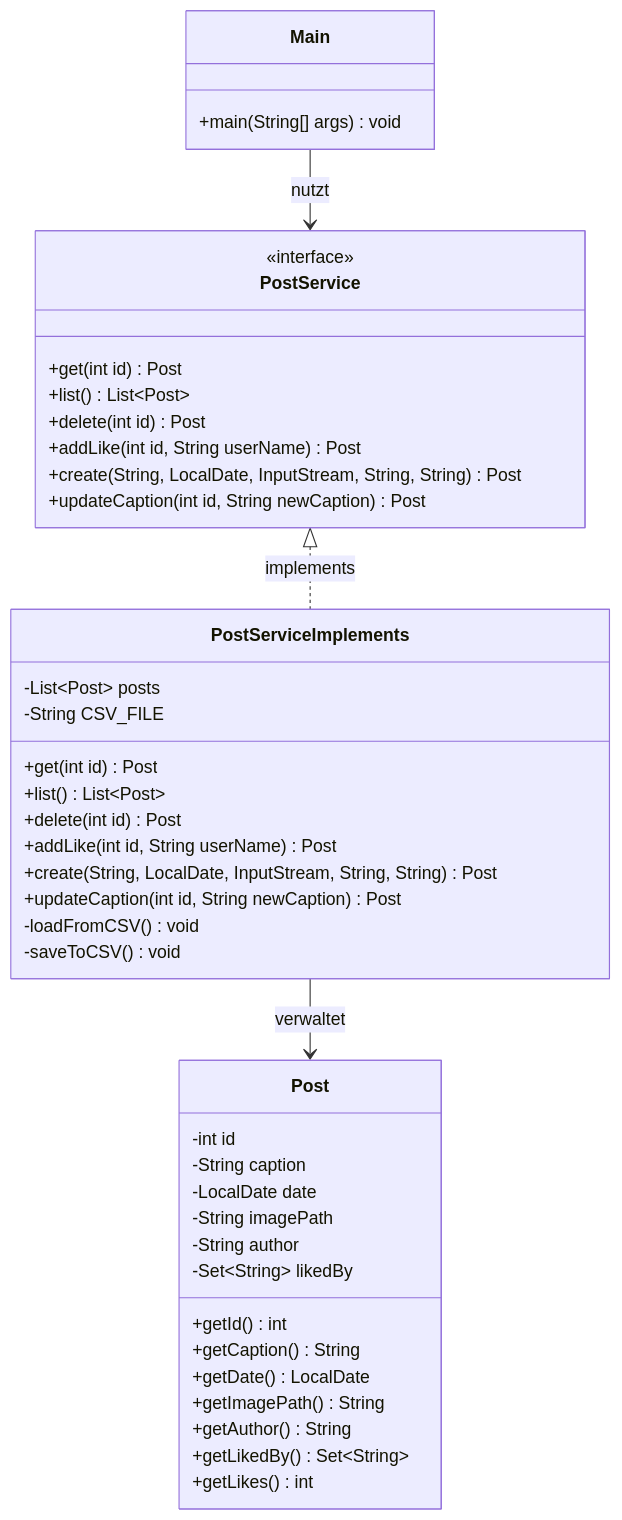
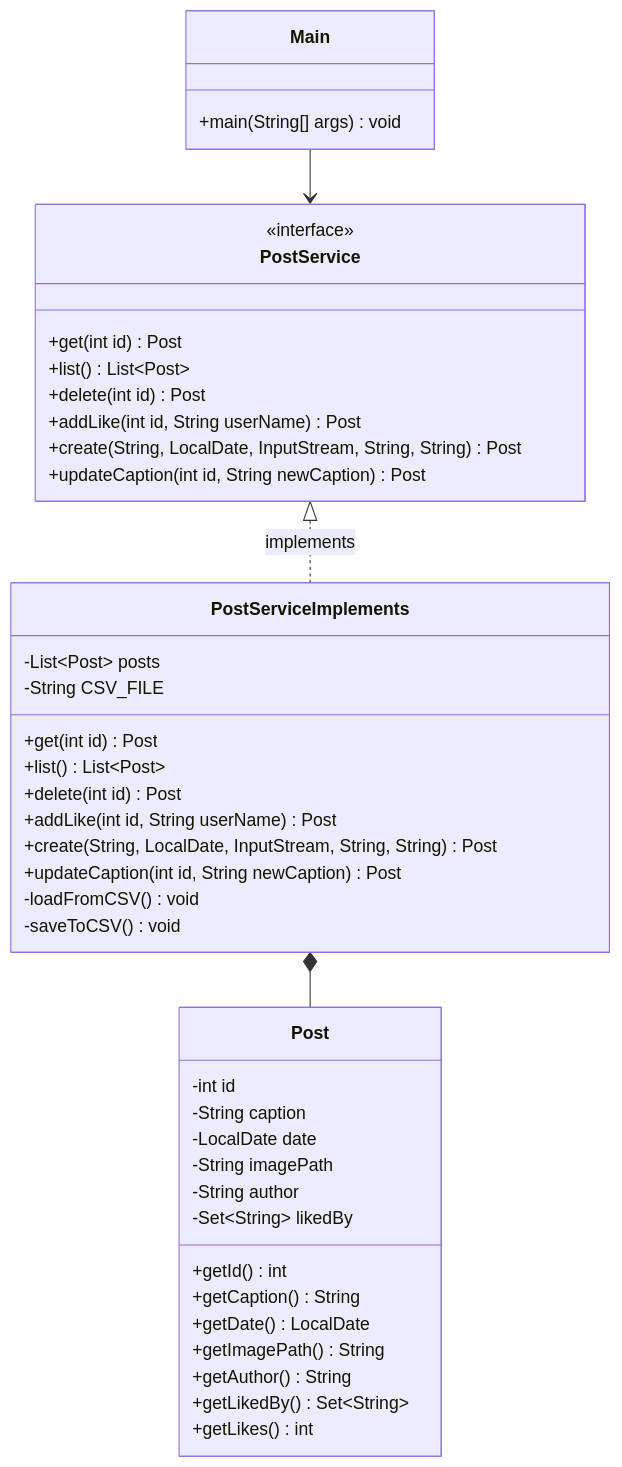
One commit to stephanteege/VoteIT changed the second of 3 diagrams in README.md. Above: the diagram before and after it, drawn with Mermaid. The commit also changed other lines of this file, not shown here.

Commit message:
docs: README überarbeitet, Klassendiagramm korrigiert

````diff
--- a/README.md
+++ b/README.md
@@ -28,49 +37,49 @@
 ```mermaid
 classDiagram
     class Post {
         -int id
         -String caption
         -LocalDate date
         -String imagePath
         -String author
         -Set~String~ likedBy
         +getId() int
         +getCaption() String
         +getDate() LocalDate
         +getImagePath() String
         +getAuthor() String
         +getLikedBy() Set~String~
         +getLikes() int
     }
 
     class PostService {
         <<interface>>
         +get(int id) Post
         +list() List~Post~
         +delete(int id) Post
         +addLike(int id, String userName) Post
         +create(String, LocalDate, InputStream, String, String) Post
         +updateCaption(int id, String newCaption) Post
     }
 
     class PostServiceImplements {
         -List~Post~ posts
         -String CSV_FILE
         +get(int id) Post
         +list() List~Post~
         +delete(int id) Post
         +addLike(int id, String userName) Post
         +create(String, LocalDate, InputStream, String, String) Post
         +updateCaption(int id, String newCaption) Post
         -loadFromCSV() void
         -saveToCSV() void
     }
 
     class Main {
         +main(String[] args) void
     }
 
     PostService <|.. PostServiceImplements : implements
-    PostServiceImplements --> Post : verwaltet
-    Main --> PostService : nutzt
+    PostServiceImplements *-- Post
+    Main --> PostService
 ```
````
